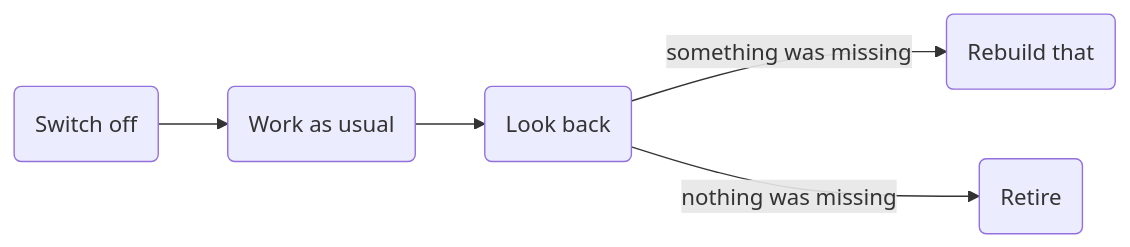
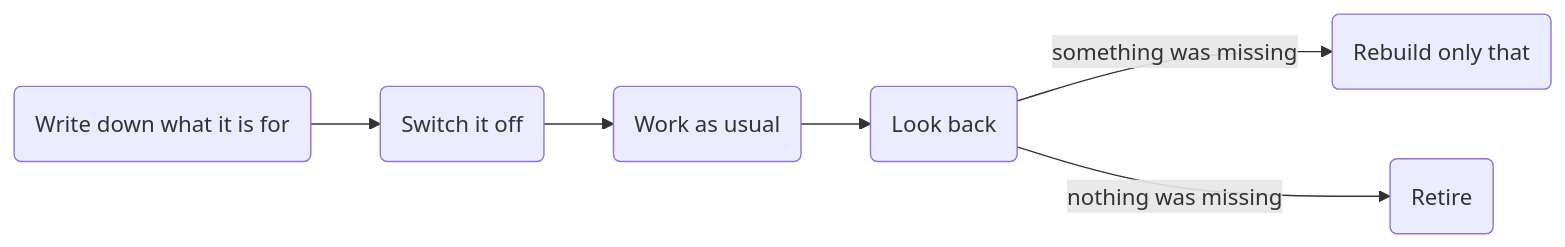
One commit to byMarcoVogt/skills changed the diagram in earn-its-place/README.md. Above: the diagram before and after it, drawn with Mermaid. The commit also changed other lines of this file, not shown here.

First line of the commit message:
Earn its place: lead with the diagram, then four pointers

````diff
--- a/earn-its-place/README.md
+++ b/earn-its-place/README.md
@@ -20,6 +3,6 @@
 ```mermaid
 flowchart LR
-  B(Switch off) --> W(Work as usual) --> A(Look back)
-  A -->|something was missing| R(Rebuild that)
+  I(Write down what it is for) --> B(Switch it off) --> W(Work as usual) --> A(Look back)
+  A -->|something was missing| R(Rebuild only that)
   A -->|nothing was missing| X(Retire)
 ```
````
